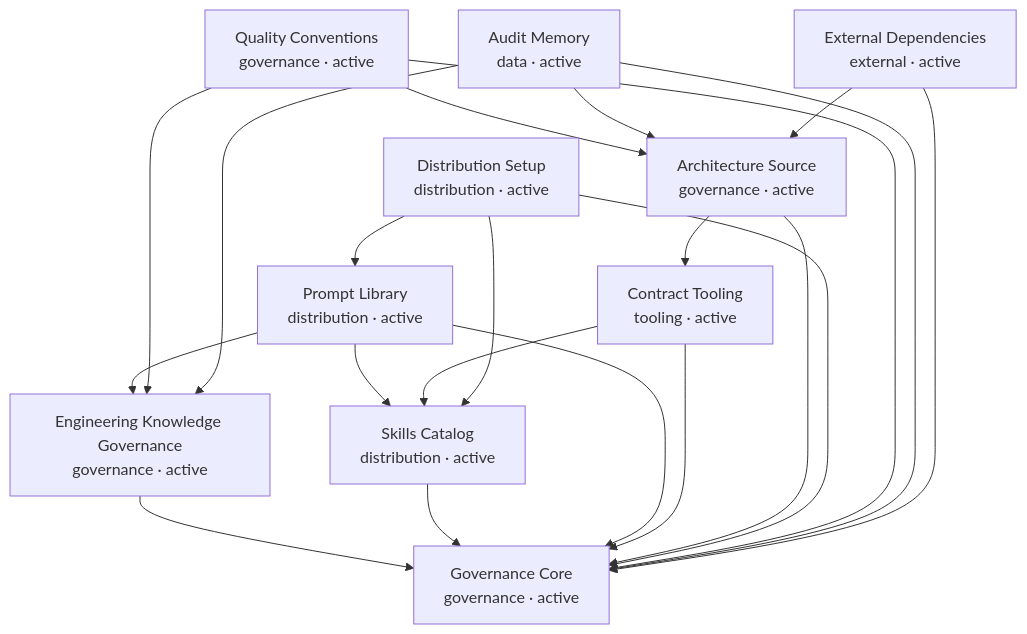
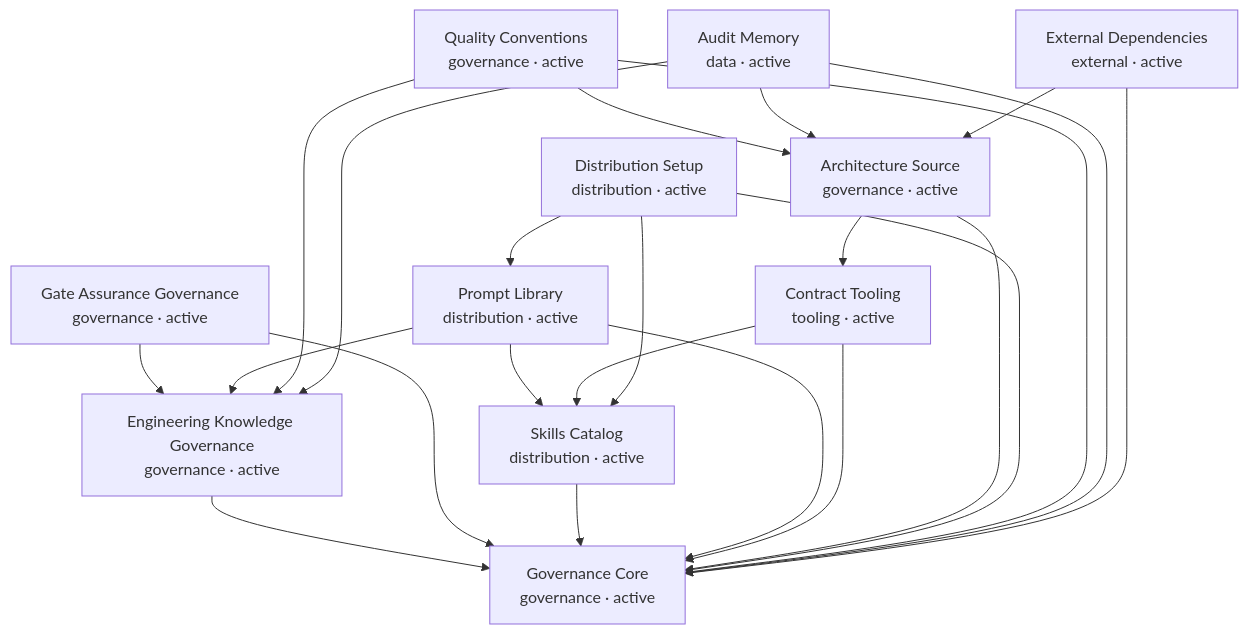
The diagram in docs/RELATIONS.md (Bricesodini/vibebackbone), drawn with Mermaid before and after one commit. The commit also changed other lines of this file and 42 other files, not shown here.

First line of the commit message:
feat(governance): add design and certification gate assurance

````diff
--- a/docs/RELATIONS.md
+++ b/docs/RELATIONS.md
@@ -15,33 +15,36 @@
 ```mermaid
 graph TD
   governance-core["Governance Core<br/>governance · active"]
   engineering-knowledge-governance["Engineering Knowledge Governance<br/>governance · active"]
+  gate-assurance-governance["Gate Assurance Governance<br/>governance · active"]
   skills-catalog["Skills Catalog<br/>distribution · active"]
   prompt-library["Prompt Library<br/>distribution · active"]
   contract-tooling["Contract Tooling<br/>tooling · active"]
   architecture-source["Architecture Source<br/>governance · active"]
   distribution-setup["Distribution Setup<br/>distribution · active"]
   quality-conventions["Quality Conventions<br/>governance · active"]
   audit-memory["Audit Memory<br/>data · active"]
   external-dependencies["External Dependencies<br/>external · active"]
   engineering-knowledge-governance --> governance-core
+  gate-assurance-governance --> governance-core
+  gate-assurance-governance --> engineering-knowledge-governance
   skills-catalog --> governance-core
   prompt-library --> governance-core
   prompt-library --> skills-catalog
   prompt-library --> engineering-knowledge-governance
   contract-tooling --> skills-catalog
   contract-tooling --> governance-core
   architecture-source --> governance-core
   architecture-source --> contract-tooling
   distribution-setup --> governance-core
   distribution-setup --> skills-catalog
   distribution-setup --> prompt-library
   quality-conventions --> governance-core
   quality-conventions --> architecture-source
   quality-conventions --> engineering-knowledge-governance
   audit-memory --> governance-core
   audit-memory --> architecture-source
   audit-memory --> engineering-knowledge-governance
   external-dependencies --> governance-core
   external-dependencies --> architecture-source
 ```
````
